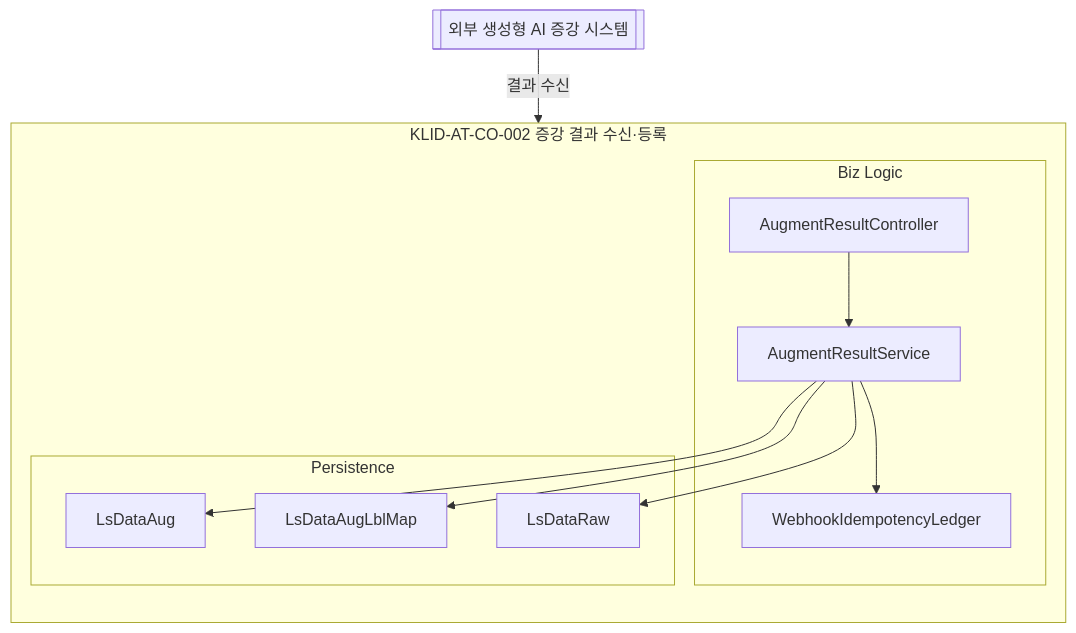
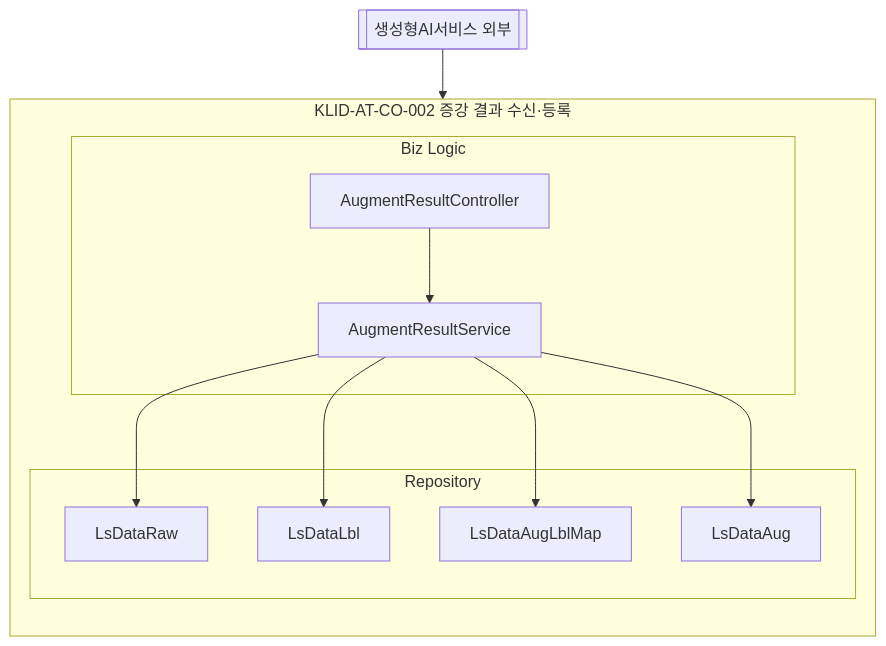
The second of 18 diagrams in docs/design/D3-컴포넌트설계서.md (New-stella/klid-label), drawn with Mermaid before and after one commit. The commit also changed other lines of this file and 7 other files, not shown here.

````diff
--- a/docs/design/D3-컴포넌트설계서.md
+++ b/docs/design/D3-컴포넌트설계서.md
@@ -73,23 +74,23 @@
 ```mermaid
 flowchart TD
-    EXT[[외부 생성형 AI 증강 시스템]]
+    GENAI[[생성형AI서비스 외부]]
     subgraph CO002[KLID-AT-CO-002 증강 결과 수신·등록]
         direction TB
         subgraph BIZ2[Biz Logic]
             ARC[AugmentResultController]
-            ARS[AugmentResultService]
-            WIL[WebhookIdempotencyLedger]
+            ARS2[AugmentResultService]
         end
-        subgraph PER2[Persistence]
-            LDA[LsDataAug]
-            LDM[LsDataAugLblMap]
-            LDR[LsDataRaw]
+        subgraph REP2[Repository]
+            RAW[LsDataRaw]
+            LBL[LsDataLbl]
+            MAP[LsDataAugLblMap]
+            AUG2[LsDataAug]
         end
-        ARC --> ARS
-        ARS --> WIL
-        ARS --> LDA
-        ARS --> LDM
-        ARS --> LDR
+        ARC --> ARS2
+        ARS2 --> RAW
+        ARS2 --> LBL
+        ARS2 --> MAP
+        ARS2 --> AUG2
     end
-    EXT -->|결과 수신| ARC
+    GENAI --> ARC
 ```
````
